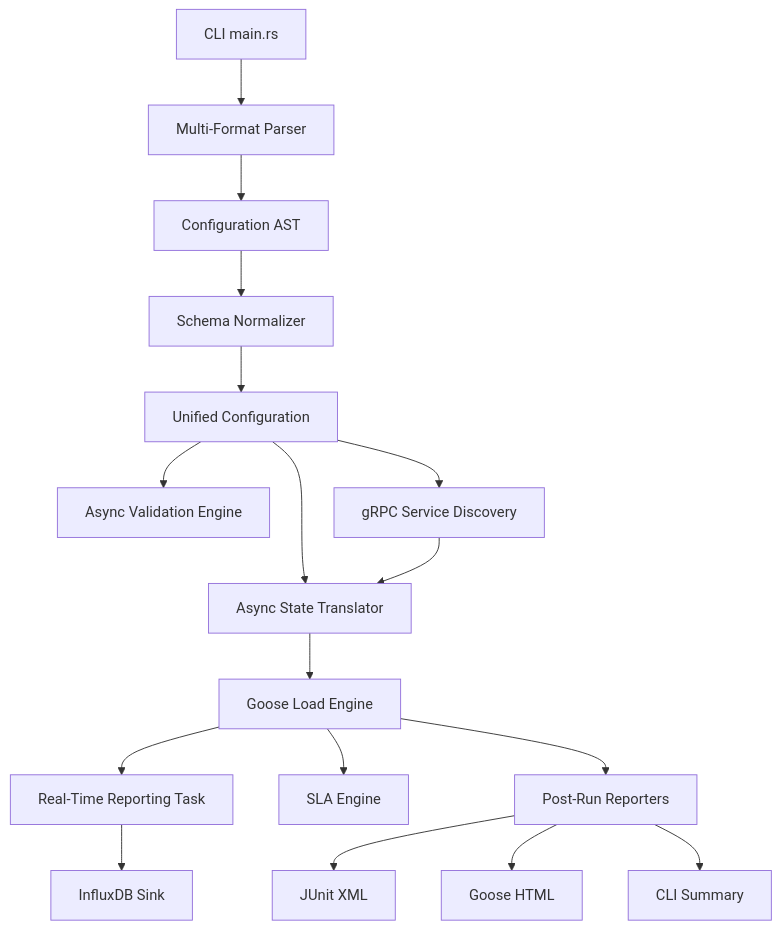
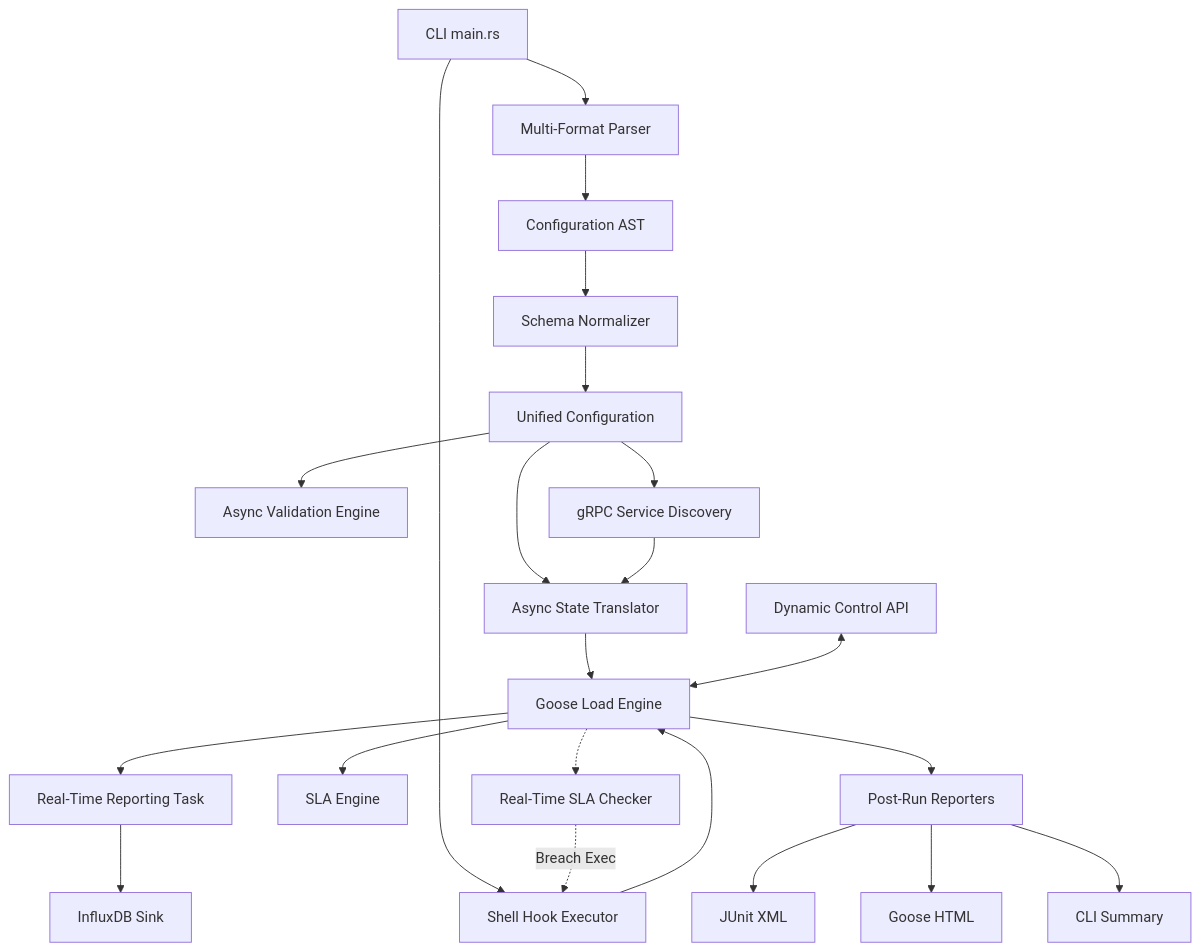
One commit to py-centric/bzt-rs changed the first of 2 diagrams in docs/architecture.md. Above: the diagram before and after it, drawn with Mermaid. The commit also changed other lines of this file and 21 other files, not shown here.

First line of the commit message:
docs: add chaos engineering documentation with Mermaid and Python diagrams

````diff
--- a/docs/architecture.md
+++ b/docs/architecture.md
@@ -7,25 +7,31 @@
 ```mermaid
 graph TD
     CLI[CLI main.rs] --> Parser[Multi-Format Parser]
+    CLI --> Services[Shell Hook Executor]
     Parser --> AST[Configuration AST]
     AST --> Normalizer[Schema Normalizer]
     Normalizer --> UnifiedAST[Unified Configuration]
     
     UnifiedAST --> Validation[Async Validation Engine]
     UnifiedAST --> Discovery[gRPC Service Discovery]
     UnifiedAST --> Translator[Async State Translator]
     
     Discovery --> Translator
     
-    Translator --> Goose[Goose Load Engine]
+    Services --> Goose[Goose Load Engine]
+    Translator --> Goose
     
     Goose --> RealTime[Real-Time Reporting Task]
     RealTime --> Influx[InfluxDB Sink]
     
     Goose --> SLA[SLA Engine]
+    Goose -.-> SlaRT[Real-Time SLA Checker]
+    SlaRT -. Breach Exec .-> Services
     Goose --> PostReport[Post-Run Reporters]
+    
+    API[Dynamic Control API] <--> Goose
     
     PostReport --> JUnit[JUnit XML]
     PostReport --> HTML[Goose HTML]
     PostReport --> CLI_Sum[CLI Summary]
 ```
````
